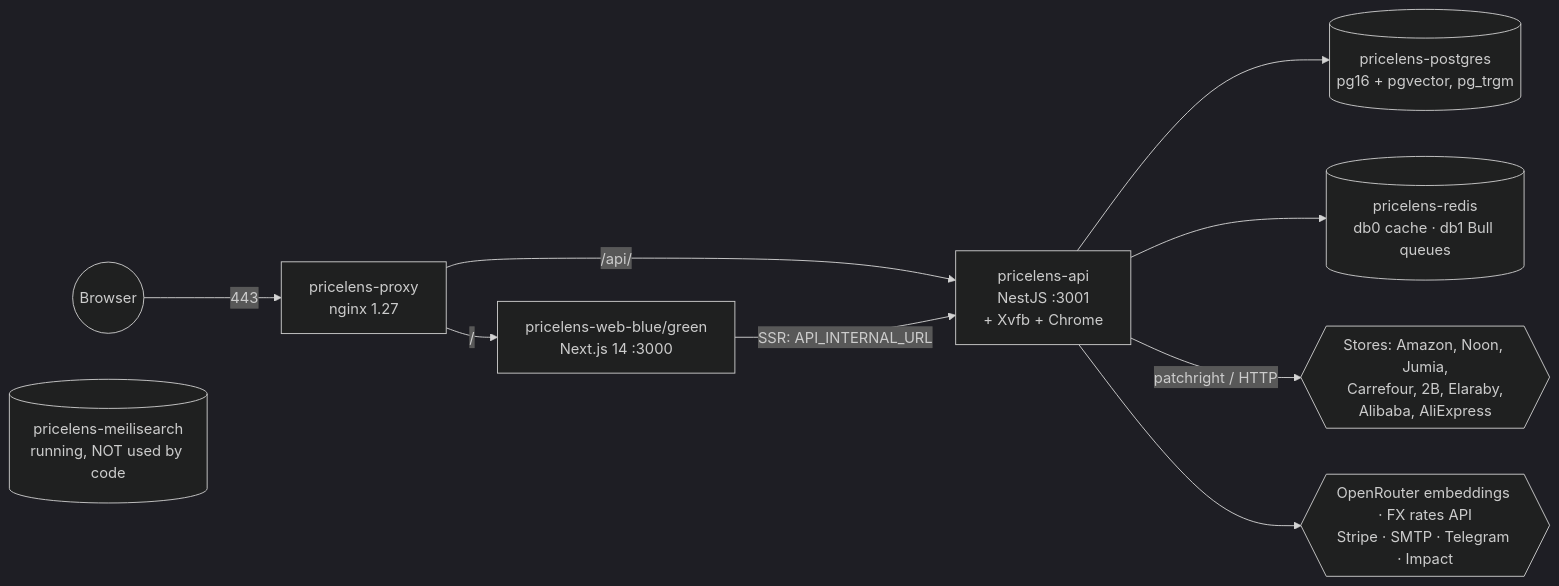
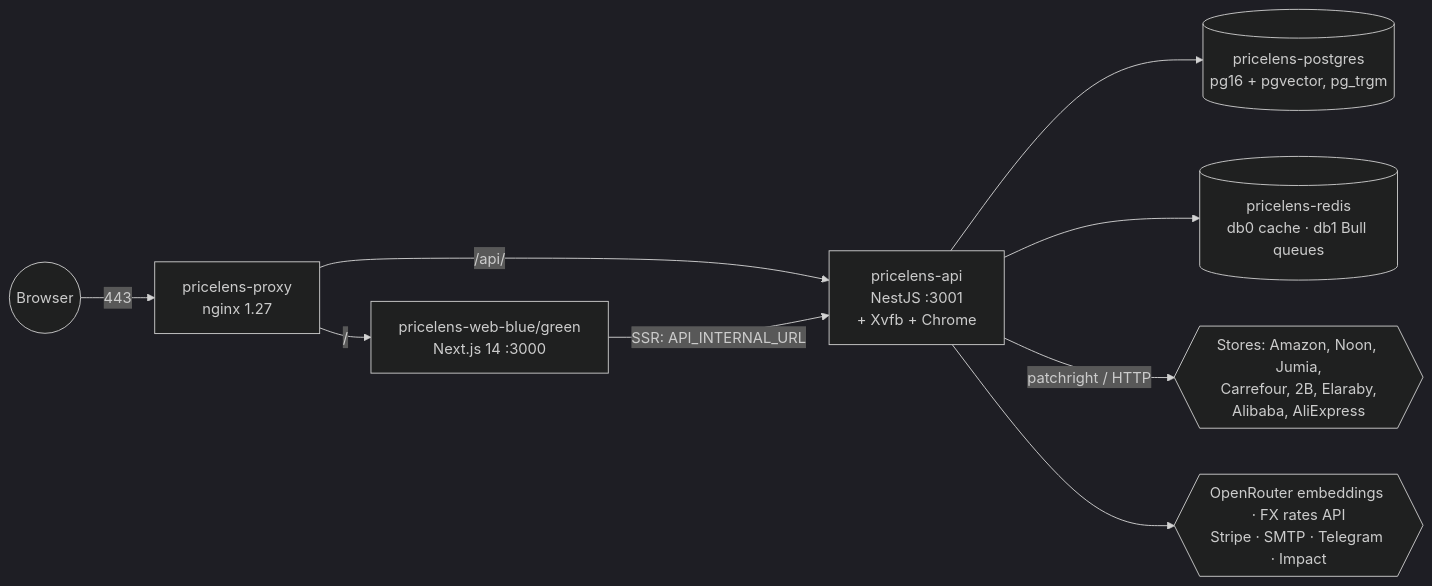
One commit to Digital-Fingers-Team/priceLens changed the diagram in PROJECT_MAP.md. Above: the diagram before and after it, drawn with Mermaid (dark theme). The commit also changed other lines of this file and 9 other files, not shown here.

````diff
--- a/PROJECT_MAP.md
+++ b/PROJECT_MAP.md
@@ -7,12 +7,11 @@
 ```mermaid
 flowchart LR
   user((Browser)) -->|443| proxy[pricelens-proxy<br/>nginx 1.27]
   proxy -->|/| web[pricelens-web-blue/green<br/>Next.js 14 :3000]
   proxy -->|/api/| api[pricelens-api<br/>NestJS :3001<br/>+ Xvfb + Chrome]
   web -->|SSR: API_INTERNAL_URL| api
   api --> pg[(pricelens-postgres<br/>pg16 + pgvector, pg_trgm)]
   api --> redis[(pricelens-redis<br/>db0 cache · db1 Bull queues)]
-  meili[(pricelens-meilisearch<br/>running, NOT used by code)]
   api -->|patchright / HTTP| stores{{Stores: Amazon, Noon, Jumia,<br/>Carrefour, 2B, Elaraby,<br/>Alibaba, AliExpress}}
   api --> ext{{OpenRouter embeddings · FX rates API<br/>Stripe · SMTP · Telegram · Impact}}
 ```
````
